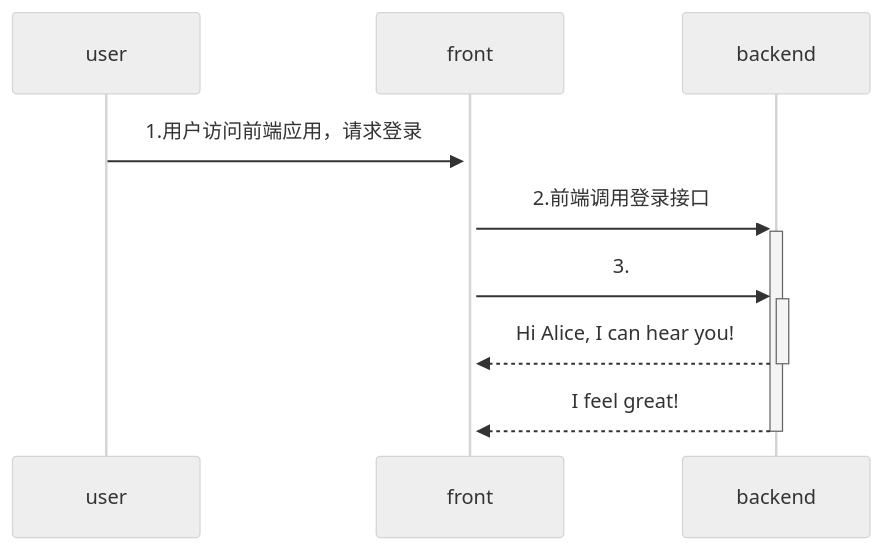
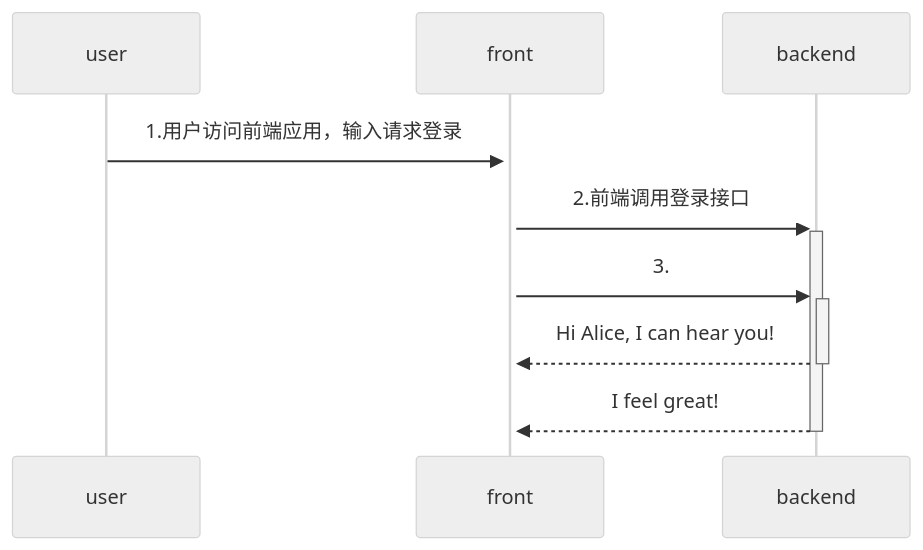
Before and after one commit to yingjianzh/iodraw-files: the diagram in all/未命名-4.md, drawn with Mermaid (neutral theme).

Commit message:
2024-08-02 17:36:36 update

````diff
--- a/all/未命名-4.md
+++ b/all/未命名-4.md
@@ -1,9 +1,9 @@
 ```mermaid
 sequenceDiagram
-    user->>+front: 1.用户访问前端应用，请求登录
+    user->>+front: 1.用户访问前端应用，输入请求登录
     front->>+backend: 2.前端调用登录接口
     front->>+backend: 3.
     backend-->>-front: Hi Alice, I can hear you!
     backend-->>-front: I feel great!
             
 ```
````
